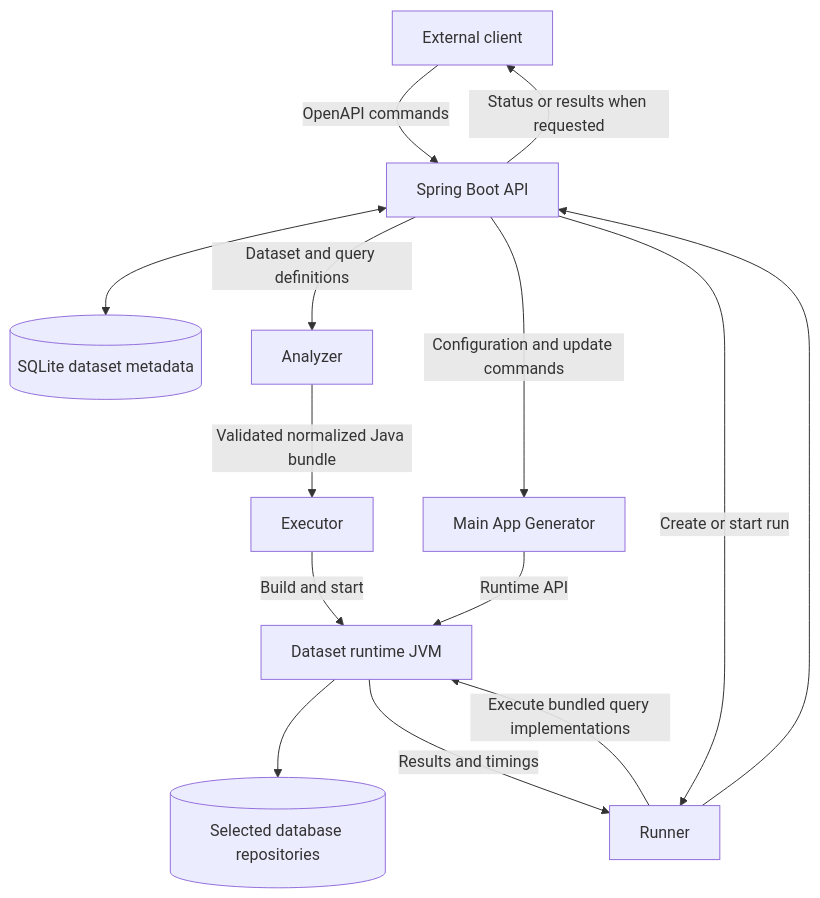
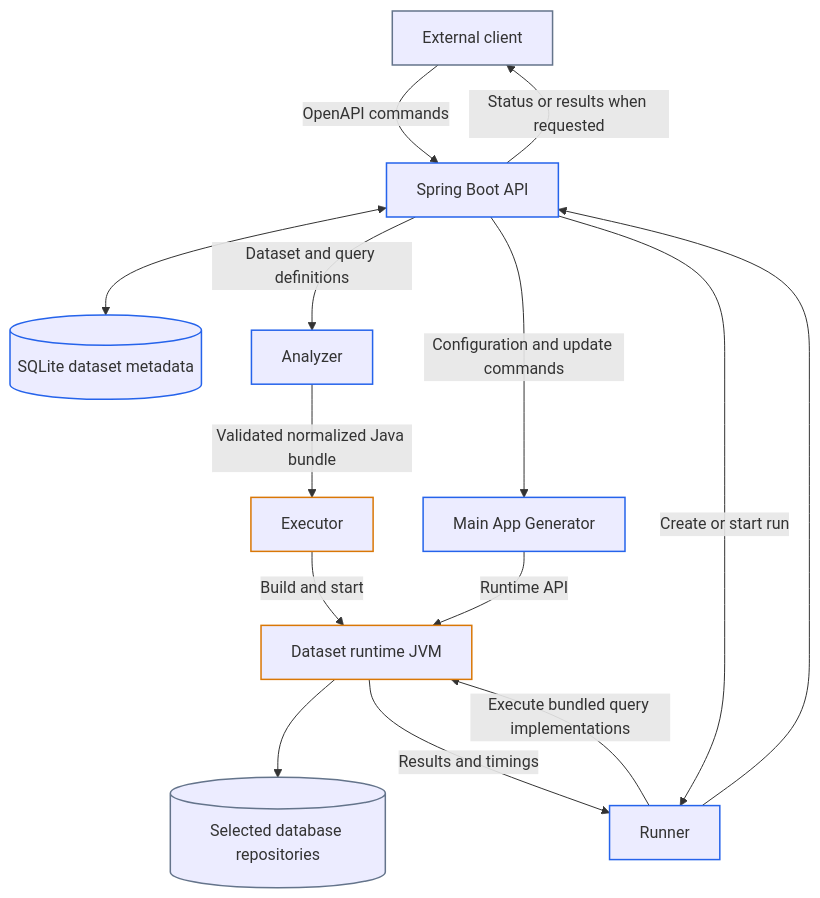
Before and after one commit to SimekJan/oxm-benchmark: the diagram in docs/MAIN_APP.md, drawn with Mermaid. The commit also changed 1 other file, not shown here.

Commit message:
Update chart colors

````diff
--- a/docs/MAIN_APP.md
+++ b/docs/MAIN_APP.md
@@ -18,16 +18,23 @@
 ```mermaid
 flowchart TD
     Client[External client] -->|OpenAPI commands| API[Spring Boot API]
     API <--> Metadata[(SQLite dataset metadata)]
     API -->|Dataset and query definitions| Analyzer[Analyzer]
     Analyzer -->|Validated normalized Java bundle| Executor[Executor]
     Executor -->|Build and start| Runtime[Dataset runtime JVM]
     API -->|Configuration and update commands| Generator[Main App Generator]
     Generator -->|Runtime API| Runtime
     Runtime --> Databases[(Selected database repositories)]
     API -->|Create or start run| Runner[Runner]
     Runner -->|Execute bundled query implementations| Runtime
     Runtime -->|Results and timings| Runner
     Runner --> API
     API -->|Status or results when requested| Client
+
+    classDef external stroke:#64748B,stroke-width:1.5px
+    classDef mainApp stroke:#2563EB,stroke-width:1.5px
+    classDef execution stroke:#D97706,stroke-width:1.5px
+    class Client,Databases external
+    class API,Analyzer,Generator,Runner,Metadata mainApp
+    class Executor,Runtime execution
 ```
````
